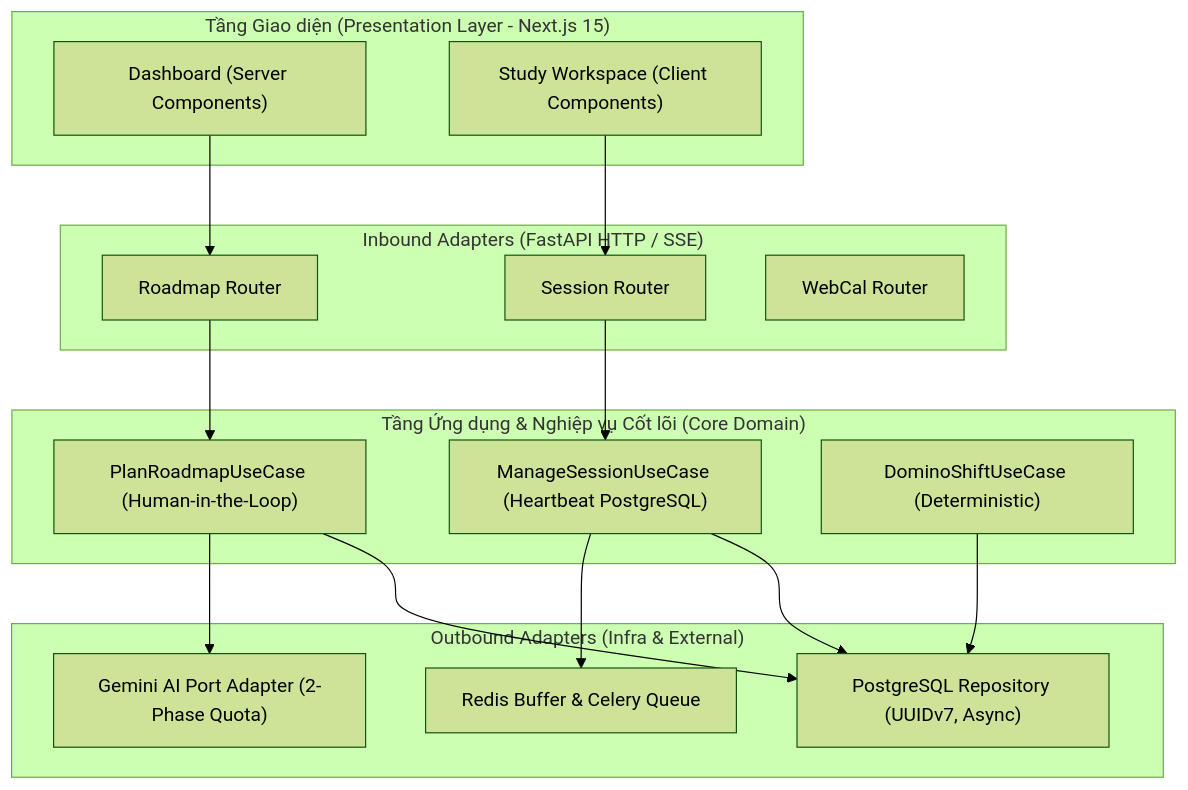
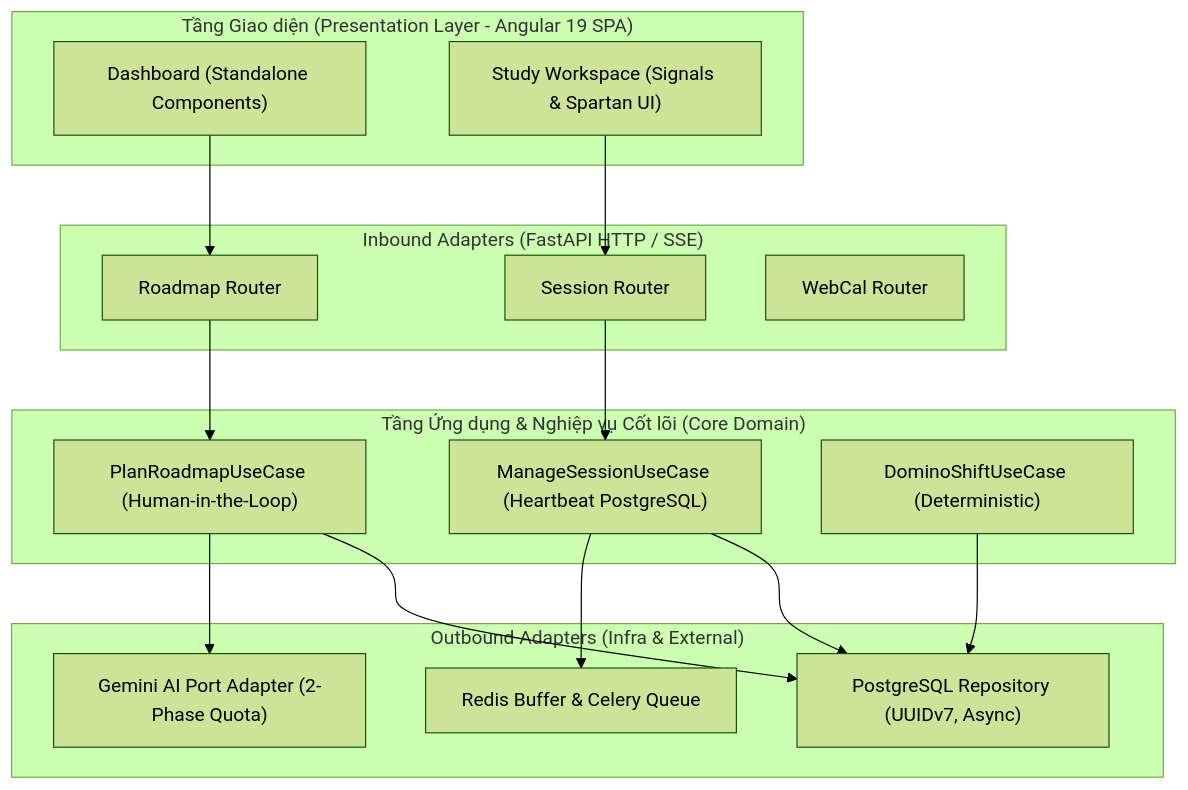
Before and after one commit to Coffat/FocusFlow: the diagram in docs/engineering/milestone-2-consistency-audit.md, drawn with Mermaid (forest theme). The commit also changed other lines of this file and 83 other files, not shown here.

Commit message:
docs: audit and synchronize SRS, database schema, UML, and architectural specs

````diff
--- a/docs/engineering/milestone-2-consistency-audit.md
+++ b/docs/engineering/milestone-2-consistency-audit.md
@@ -67,35 +67,35 @@
 ```mermaid
 flowchart TD
-    subgraph Presentation["Tầng Giao diện (Presentation Layer - Next.js 15)"]
-        UI_Dash["Dashboard (Server Components)"]
-        UI_WS["Study Workspace (Client Components)"]
+    subgraph Presentation["Tầng Giao diện (Presentation Layer - Angular 19 SPA)"]
+        UI_Dash["Dashboard (Standalone Components)"]
+        UI_WS["Study Workspace (Signals & Spartan UI)"]
     end
 
     subgraph Inbound["Inbound Adapters (FastAPI HTTP / SSE)"]
         R_Roadmap["Roadmap Router"]
         R_Session["Session Router"]
         R_WebCal["WebCal Router"]
     end
 
     subgraph Application["Tầng Ứng dụng & Nghiệp vụ Cốt lõi (Core Domain)"]
         UC_Plan["PlanRoadmapUseCase (Human-in-the-Loop)"]
         UC_Session["ManageSessionUseCase (Heartbeat PostgreSQL)"]
         UC_Shift["DominoShiftUseCase (Deterministic)"]
     end
 
     subgraph Outbound["Outbound Adapters (Infra & External)"]
         Repo_PG["PostgreSQL Repository (UUIDv7, Async)"]
         Buf_Redis["Redis Buffer & Celery Queue"]
         AI_Gemini["Gemini AI Port Adapter (2-Phase Quota)"]
     end
 
     UI_Dash --> R_Roadmap
     UI_WS --> R_Session
     R_Roadmap --> UC_Plan
     R_Session --> UC_Session
     UC_Plan --> AI_Gemini
     UC_Plan --> Repo_PG
     UC_Session --> Buf_Redis
     UC_Session --> Repo_PG
     UC_Shift --> Repo_PG
 ```
````
